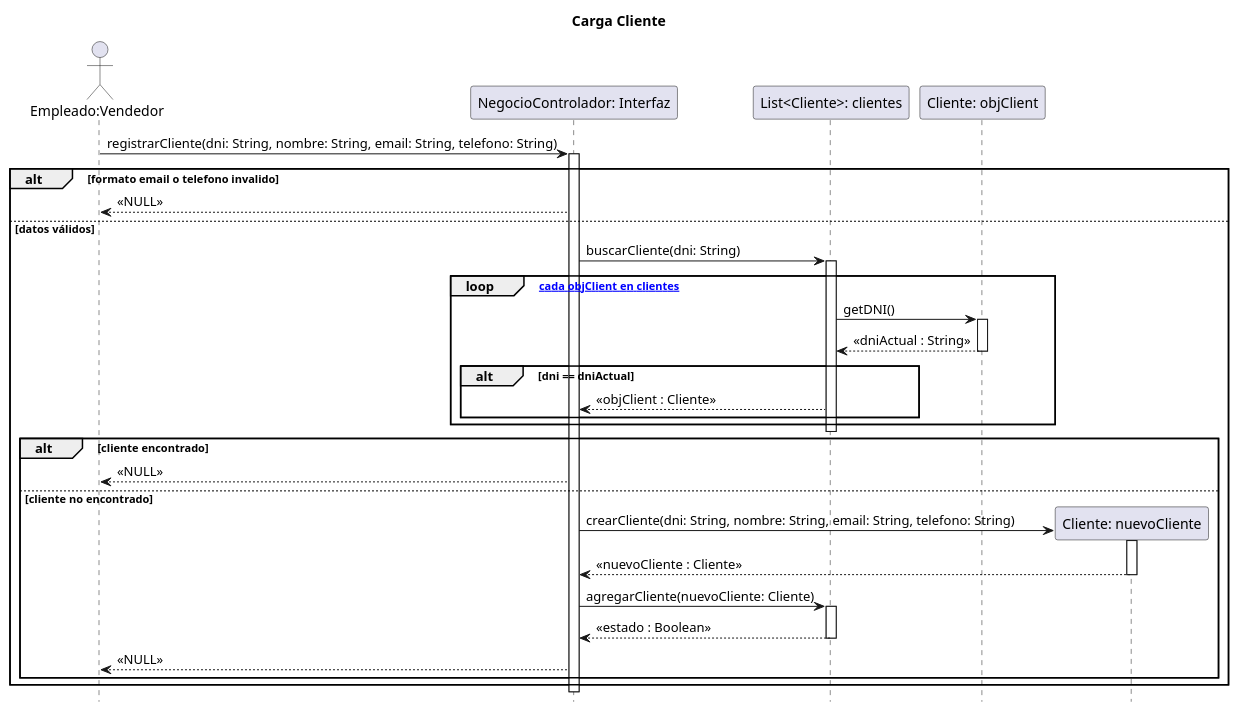
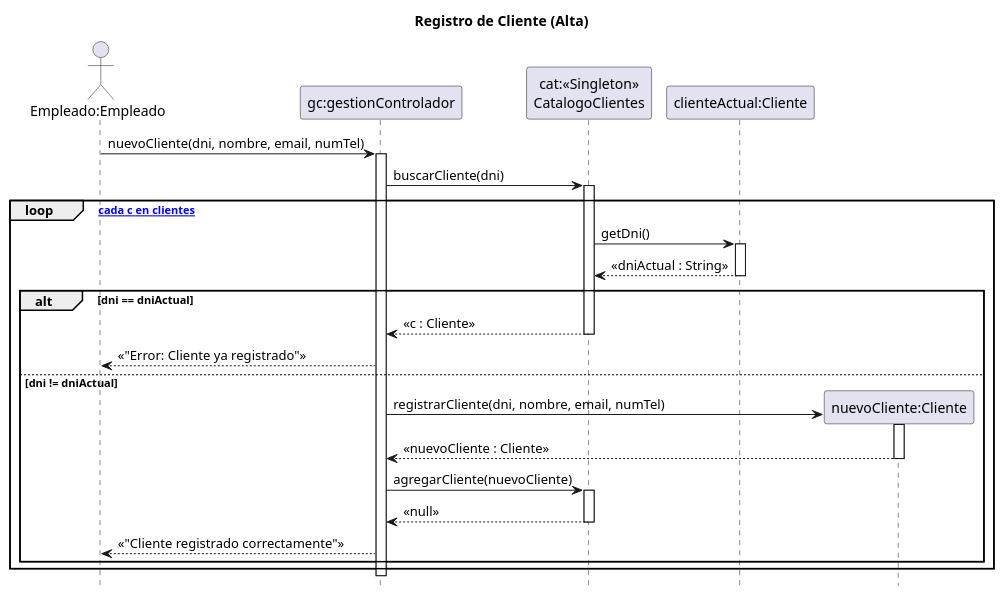
One commit to zEzequR/PF-I changed the diagram in 08 - Diagramas de Secuencia de Diseño/CargaClientes/CargaClientes.puml. Above: the diagram before and after it, drawn with PlantUML. The commit also changed 3 other files, not shown here.

```diff
--- a/08 - Diagramas de Secuencia de Diseño/CargaClientes/CargaClientes.puml
+++ b/08 - Diagramas de Secuencia de Diseño/CargaClientes/CargaClientes.puml
@@ -1,56 +1,51 @@
 @startuml
-title Carga Cliente
+title Registro de Cliente (Alta)
 
 hide footbox
 
-actor "Empleado:Vendedor" as user
-participant "NegocioControlador: Interfaz" as NegCtrl
-participant "List<Cliente>: clientes" as listaClientes
-participant "Cliente: objClient" as cliente
-participant "Cliente: nuevoCliente" as NewClient
+actor "Empleado:Empleado" as emp
+participant "gc:gestionControlador" as ctrl
+participant "cat:<<Singleton>>\nCatalogoClientes" as cat
+participant "clienteActual:Cliente" as cliente_actual
 
-user -> NegCtrl : registrarCliente(dni: String, nombre: String, email: String, telefono: String)
-activate NegCtrl
+emp -> ctrl : nuevoCliente(dni, nombre, email, numTel)
+activate ctrl
 
-    alt formato email o telefono invalido
+ctrl -> cat : buscarCliente(dni)
+activate cat
+
+loop [para cada c en clientes]
+    cat -> cliente_actual : getDni()
+    activate cliente_actual
+    cliente_actual --> cat : << dniActual : String >>
+    deactivate cliente_actual
+    
+    alt dni == dniActual
+        cat --> ctrl : << c : Cliente >>
+        deactivate cat
         
-        NegCtrl --> user : <<NULL>>
+        ctrl --> emp : << "Error: Cliente ya registrado" >>
+
+    else dni != dniActual
+
+        deactivate cat
+
+        create participant "nuevoCliente:Cliente" as nuevo_cliente
+        ctrl -> nuevo_cliente : registrarCliente(dni, nombre, email, numTel)
+        activate nuevo_cliente
+        nuevo_cliente --> ctrl : << nuevoCliente : Cliente >>
+        deactivate nuevo_cliente
+
+        ctrl -> cat : agregarCliente(nuevoCliente)
+        activate cat
         
-    else datos válidos
-    
-        NegCtrl -> listaClientes : buscarCliente(dni: String)
-        activate listaClientes
+        cat --> ctrl : << null >>
+        deactivate cat
         
-        loop [para cada objClient en clientes]
-            listaClientes -> cliente : getDNI()
-            activate cliente
-            cliente --> listaClientes : << dniActual : String >>
-            deactivate cliente
-            
-            alt dni == dniActual
-                listaClientes --> NegCtrl : << objClient : Cliente >>
-            end
-        end
-        deactivate listaClientes
-
-        alt cliente encontrado
-            NegCtrl --> user : <<NULL>>
-            
-        else cliente no encontrado
-            NegCtrl -> NewClient ** : crearCliente(dni: String, nombre: String, email: String, telefono: String)
-            activate NewClient
-            NewClient --> NegCtrl : << nuevoCliente : Cliente >>
-            deactivate NewClient
-
-            NegCtrl -> listaClientes : agregarCliente(nuevoCliente: Cliente)
-            activate listaClientes
-            listaClientes --> NegCtrl : << estado : Boolean >>
-            deactivate listaClientes
-
-            NegCtrl --> user : <<NULL>>
-        end
+        ctrl --> emp : << "Cliente registrado correctamente" >>
         
     end
+end
 
-deactivate NegCtrl
+deactivate ctrl
 @enduml
```
